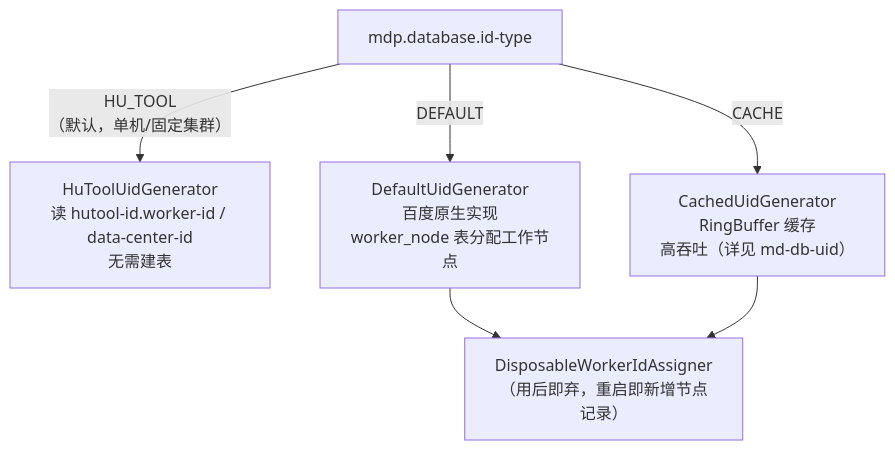
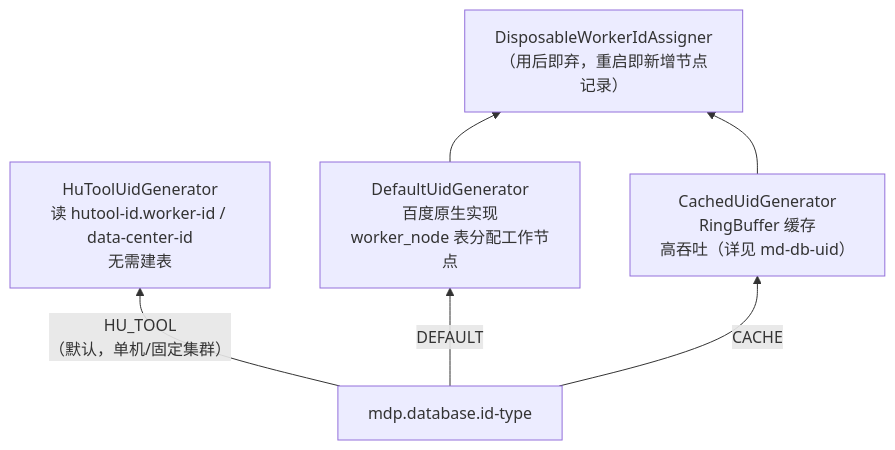
Before and after one commit to henhen6/mdp-docs: the diagram in src/doc/source/mdp-base/md-db.md, drawn with Mermaid. The commit also changed other lines of this file and 23 other files, not shown here.

````diff
--- a/src/doc/source/mdp-base/md-db.md
+++ b/src/doc/source/mdp-base/md-db.md
@@ -31,7 +31,7 @@
 ```mermaid
-flowchart TB
+flowchart BT
     A["mdp.database.id-type"] -->|HU_TOOL<br/>（默认，单机/固定集群）| B["HuToolUidGenerator<br/>读 hutool-id.worker-id / data-center-id<br/>无需建表"]
     A -->|DEFAULT| C["DefaultUidGenerator<br/>百度原生实现<br/>worker_node 表分配工作节点"]
     A -->|CACHE| D["CachedUidGenerator<br/>RingBuffer 缓存<br/>高吞吐（详见 md-db-uid）"]
     C & D --> E["DisposableWorkerIdAssigner<br/>（用后即弃，重启即新增节点记录）"]
 ```
````
